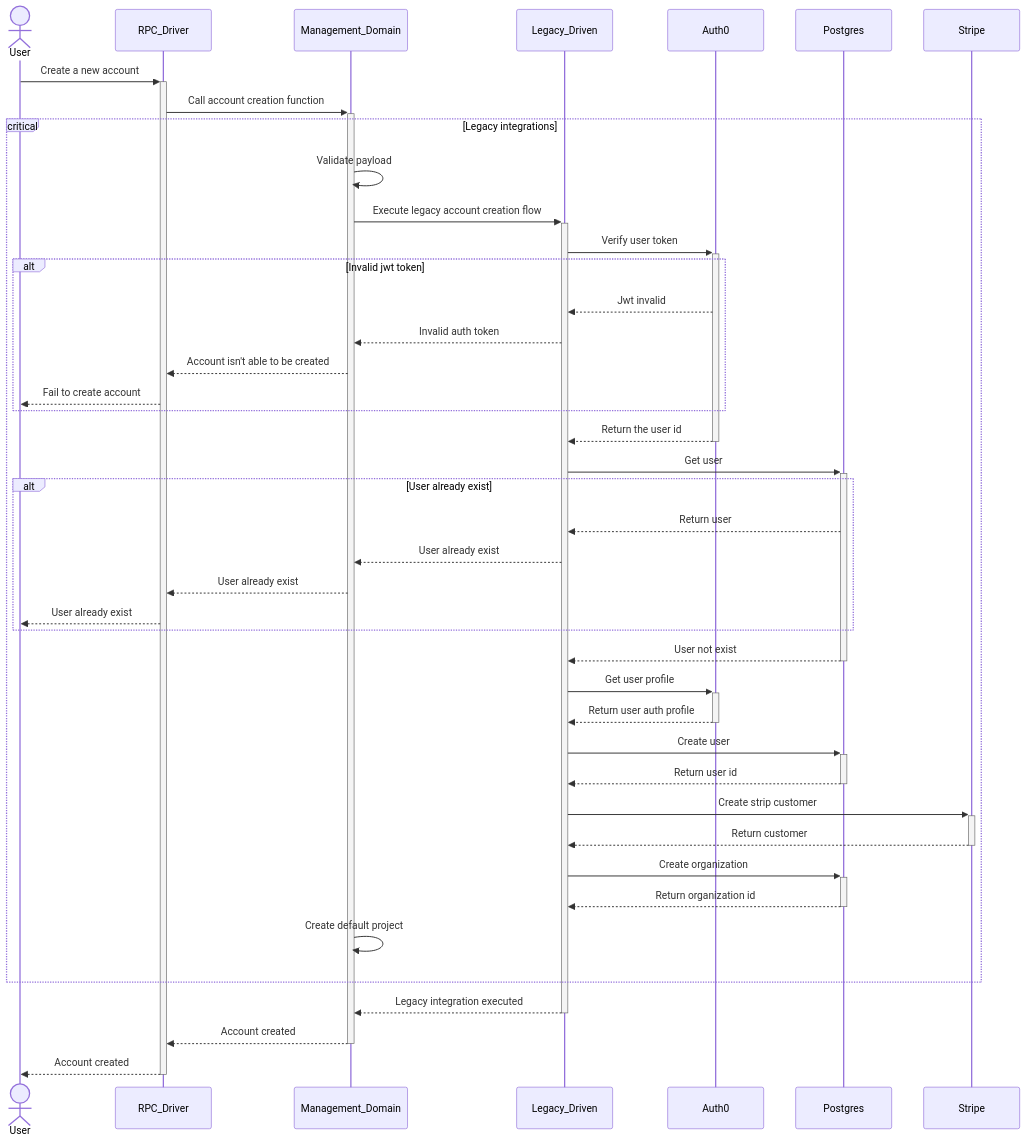
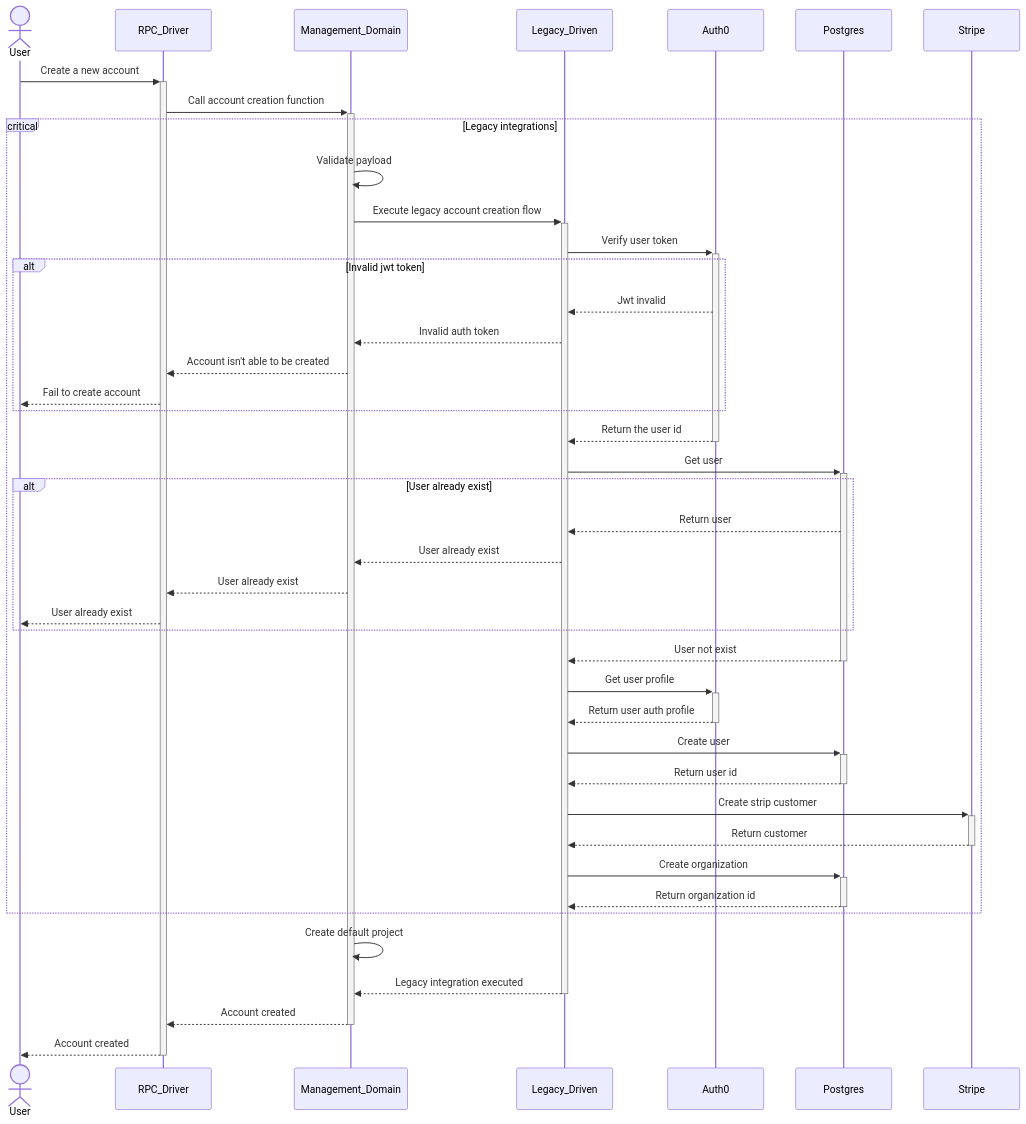
One commit to demeter-run/fabric changed the diagram in diagrams/legacy.md. Above: the diagram before and after it, drawn with Mermaid.

````diff
--- a/diagrams/legacy.md
+++ b/diagrams/legacy.md
@@ -9,51 +9,51 @@
 ```mermaid
 sequenceDiagram
     actor User
 
     User->>+RPC_Driver: Create a new account
     RPC_Driver->>+Management_Domain: Call account creation function
 
     critical Legacy integrations
 
         Management_Domain->>Management_Domain: Validate payload
 
         Management_Domain->>+Legacy_Driven: Execute legacy account creation flow
         Legacy_Driven->>+Auth0: Verify user token
         
         alt Invalid jwt token
             Auth0-->>Legacy_Driven: Jwt invalid
             Legacy_Driven-->>Management_Domain: Invalid auth token
             Management_Domain-->>RPC_Driver: Account isn't able to be created
             RPC_Driver-->>User: Fail to create account        
         end 
 
         Auth0-->>-Legacy_Driven: Return the user id
         Legacy_Driven->>+Postgres: Get user
 
         alt User already exist
             Postgres-->>Legacy_Driven: Return user
             Legacy_Driven-->>Management_Domain: User already exist
             Management_Domain-->>RPC_Driver: User already exist
             RPC_Driver-->>User: User already exist
         end
         
         Postgres-->>-Legacy_Driven: User not exist
         Legacy_Driven->>+Auth0: Get user profile
         Auth0-->>-Legacy_Driven: Return user auth profile
 
         Legacy_Driven->>+Postgres: Create user
         Postgres-->>-Legacy_Driven: Return user id
 
         Legacy_Driven->>+Stripe: Create strip customer
         Stripe-->>-Legacy_Driven: Return customer
 
         Legacy_Driven->>+Postgres: Create organization
         Postgres-->>-Legacy_Driven: Return organization id
-
-        Management_Domain->>Management_Domain: Create default project
     end
+    
+    Management_Domain->>Management_Domain: Create default project
 
     Legacy_Driven-->>-Management_Domain: Legacy integration executed
     Management_Domain-->>-RPC_Driver: Account created
     RPC_Driver-->>-User: Account created
 ```
````
